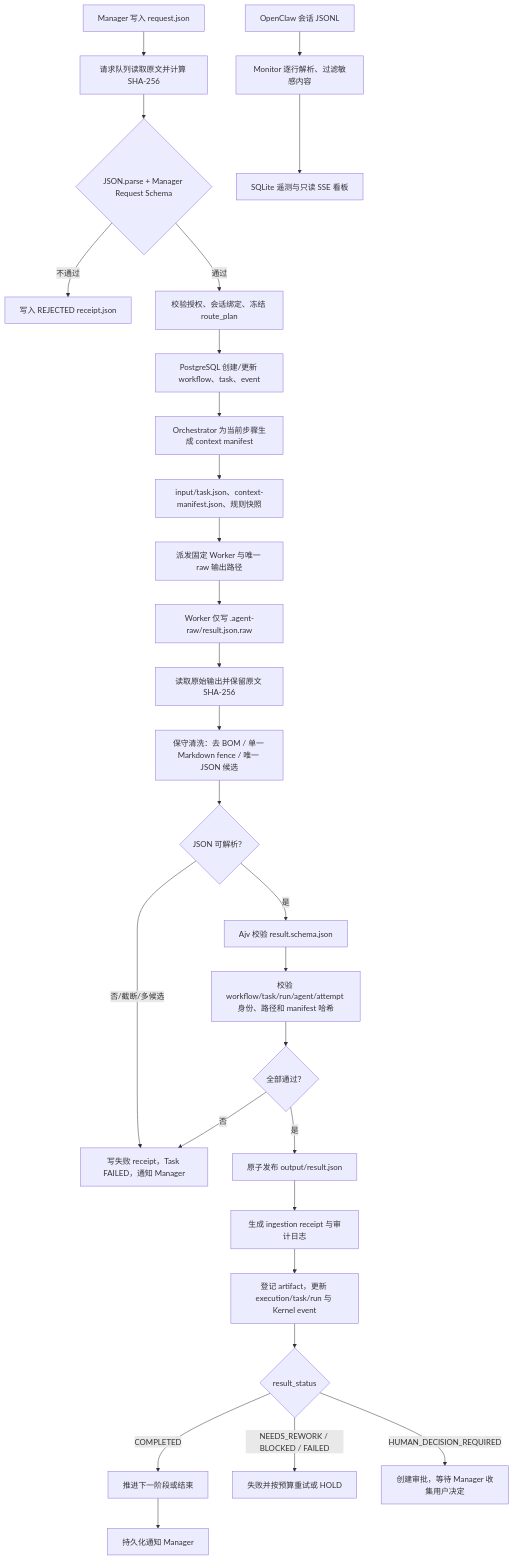
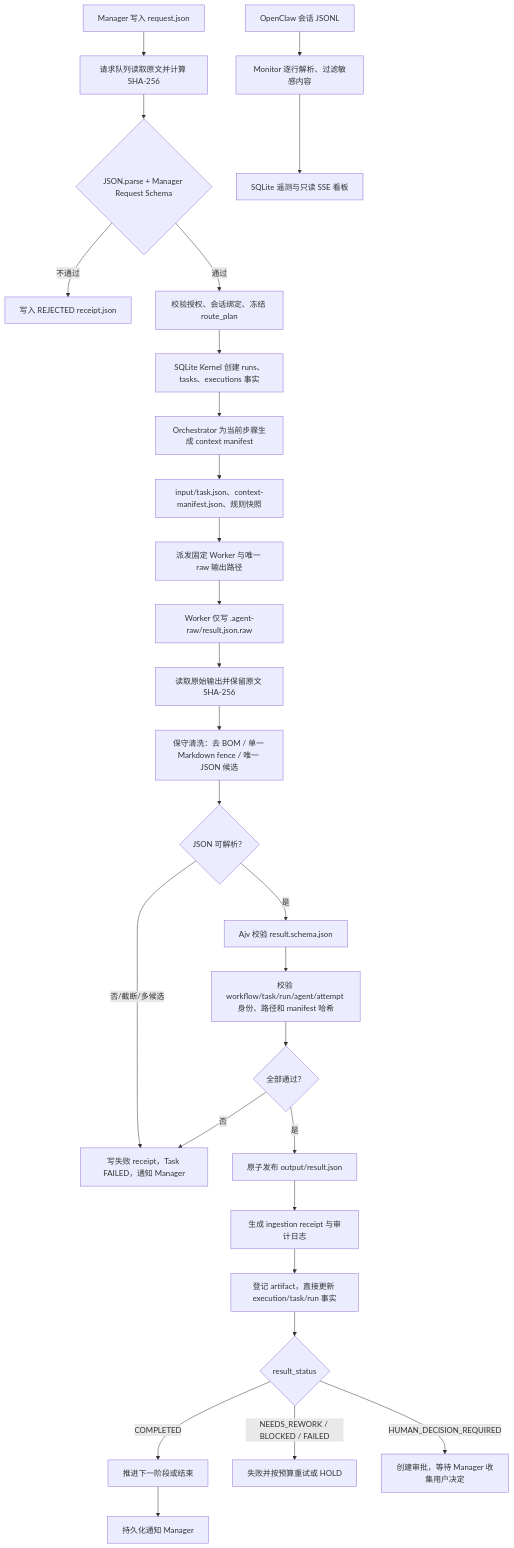
One commit to Nebula-u/openclaw-multi-agent changed the diagram in docs/architect/JSON处理流程.md. Above: the diagram before and after it, drawn with Mermaid. The commit also changed 10 other files, not shown here.

Commit message:
docs: align active architecture with sqlite orchestrator

````diff
--- a/docs/architect/JSON处理流程.md
+++ b/docs/architect/JSON处理流程.md
@@ -1,33 +1,33 @@
 ```mermaid
 flowchart TD
   A[Manager 写入 request.json] --> B[请求队列读取原文并计算 SHA-256]
   B --> C{JSON.parse + Manager Request Schema}
   C -- 不通过 --> CR[写入 REJECTED receipt.json]
   C -- 通过 --> D[校验授权、会话绑定、冻结 route_plan]
-  D --> E[PostgreSQL 创建/更新 workflow、task、event]
+  D --> E[SQLite Kernel 创建 runs、tasks、executions 事实]
 
   E --> F[Orchestrator 为当前步骤生成 context manifest]
   F --> G[input/task.json、context-manifest.json、规则快照]
   G --> H[派发固定 Worker 与唯一 raw 输出路径]
   H --> I[Worker 仅写 .agent-raw/result.json.raw]
 
   I --> J[读取原始输出并保留原文 SHA-256]
   J --> K[保守清洗：去 BOM / 单一 Markdown fence / 唯一 JSON 候选]
   K --> L{JSON 可解析？}
   L -- 否/截断/多候选 --> LF[写失败 receipt，Task FAILED，通知 Manager]
   L -- 是 --> M[Ajv 校验 result.schema.json]
   M --> N[校验 workflow/task/run/agent/attempt 身份、路径和 manifest 哈希]
   N --> O{全部通过？}
   O -- 否 --> LF
   O -- 是 --> P[原子发布 output/result.json]
   P --> Q[生成 ingestion receipt 与审计日志]
-  Q --> R[登记 artifact，更新 execution/task/run 与 Kernel event]
+  Q --> R[登记 artifact，直接更新 execution/task/run 事实]
   R --> S{result_status}
   S -- COMPLETED --> T[推进下一阶段或结束]
   S -- NEEDS_REWORK / BLOCKED / FAILED --> U[失败并按预算重试或 HOLD]
   S -- HUMAN_DECISION_REQUIRED --> V[创建审批，等待 Manager 收集用户决定]
   T --> W[持久化通知 Manager]
 
   X[OpenClaw 会话 JSONL] --> Y[Monitor 逐行解析、过滤敏感内容]
   Y --> Z[SQLite 遥测与只读 SSE 看板]
 ```
````
